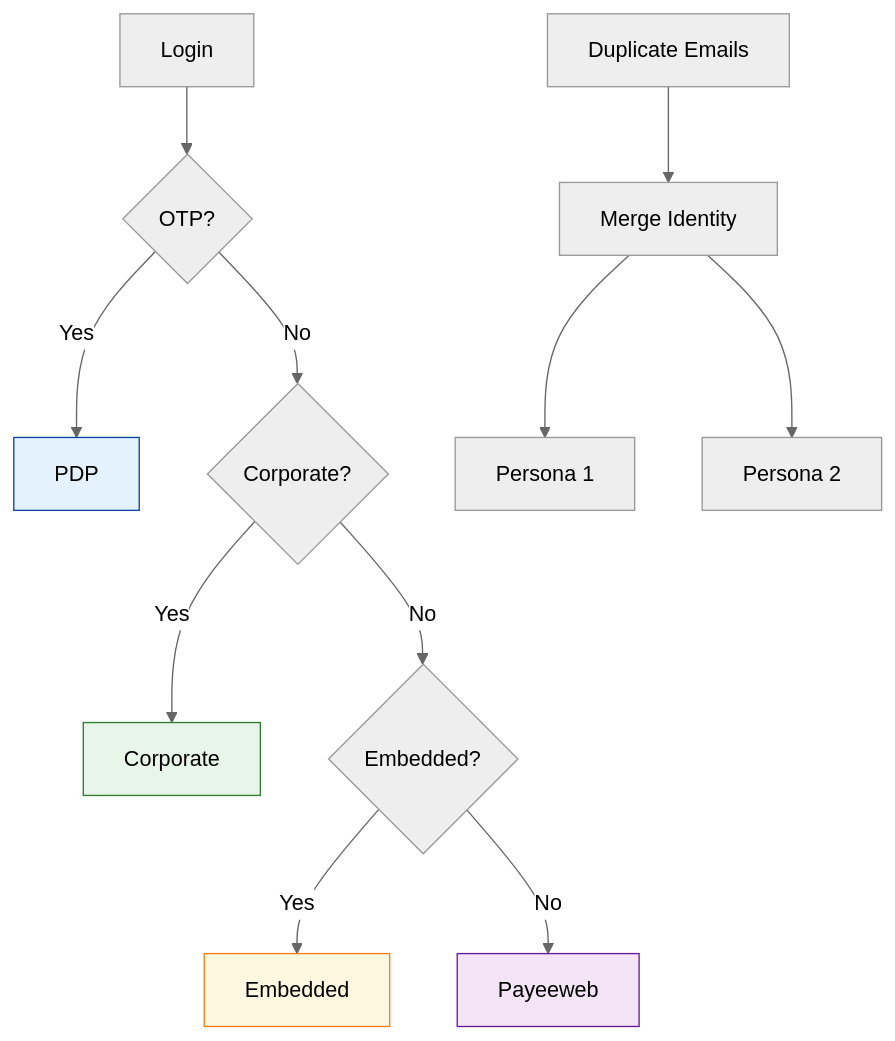
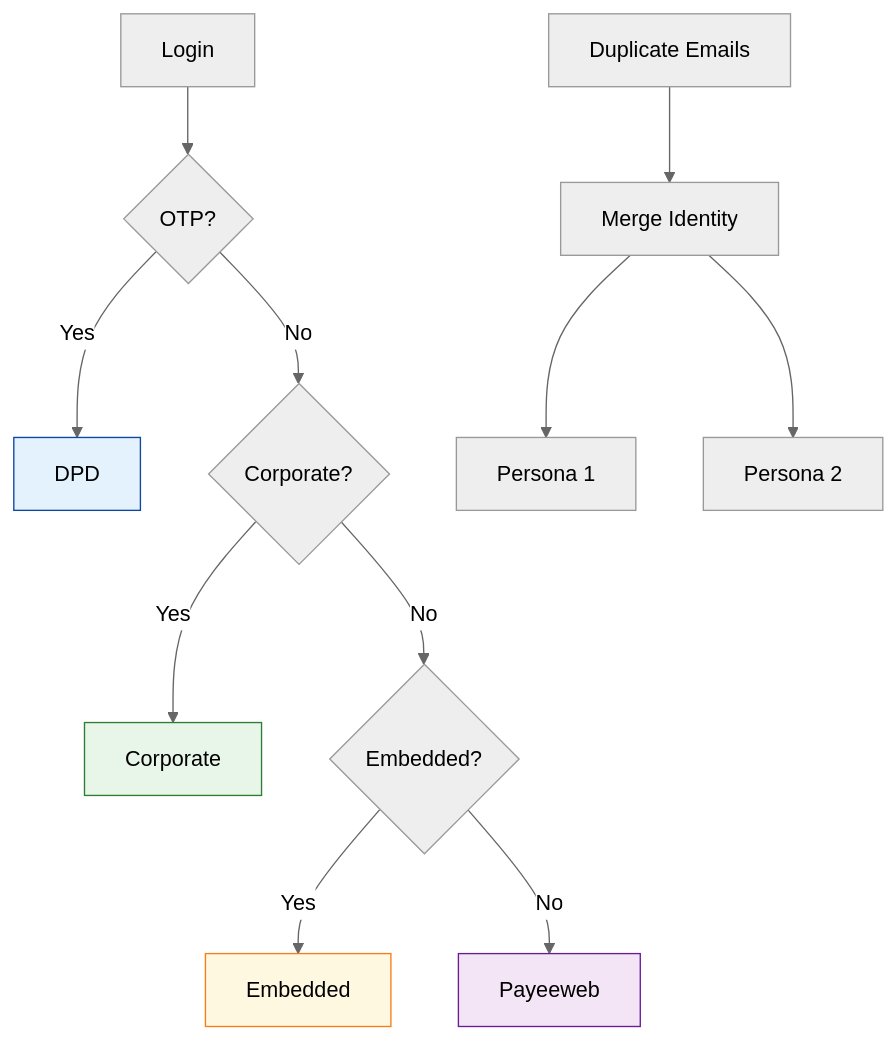
One commit to ahmedHanie93/Personal-projects changed the second of 9 diagrams in MorganStanely/test2.md. Above: the diagram before and after it, drawn with Mermaid (neutral theme). The commit also changed other lines of this file, not shown here.

````diff
--- a/MorganStanely/test2.md
+++ b/MorganStanely/test2.md
@@ -55,17 +55,17 @@
 ```mermaid
 flowchart TD
     Start[Login] --> OTP{OTP?}
-    OTP -->|Yes| PDP[PDP]
+    OTP -->|Yes| DPD[DPD]
     OTP -->|No| Entitlements{Corporate?}
     Entitlements -->|Yes| Corporate
     Entitlements -->|No| Referrer{Embedded?}
     Referrer -->|Yes| Embedded
     Referrer -->|No| Payeeweb
-    style PDP fill: #E3F2FD, stroke: #0D47A1
+    style DPD fill: #E3F2FD, stroke: #0D47A1
     style Corporate fill: #E8F5E9, stroke: #2E7D32
     style Embedded fill: #FFF8E1, stroke: #F57F17
     style Payeeweb fill: #F3E5F5, stroke: #6A1B9A
     Duplicate[Duplicate Emails] --> Merge[Merge Identity]
     Merge --> Persona1[Persona 1]
     Merge --> Persona2[Persona 2]
 ```
````
